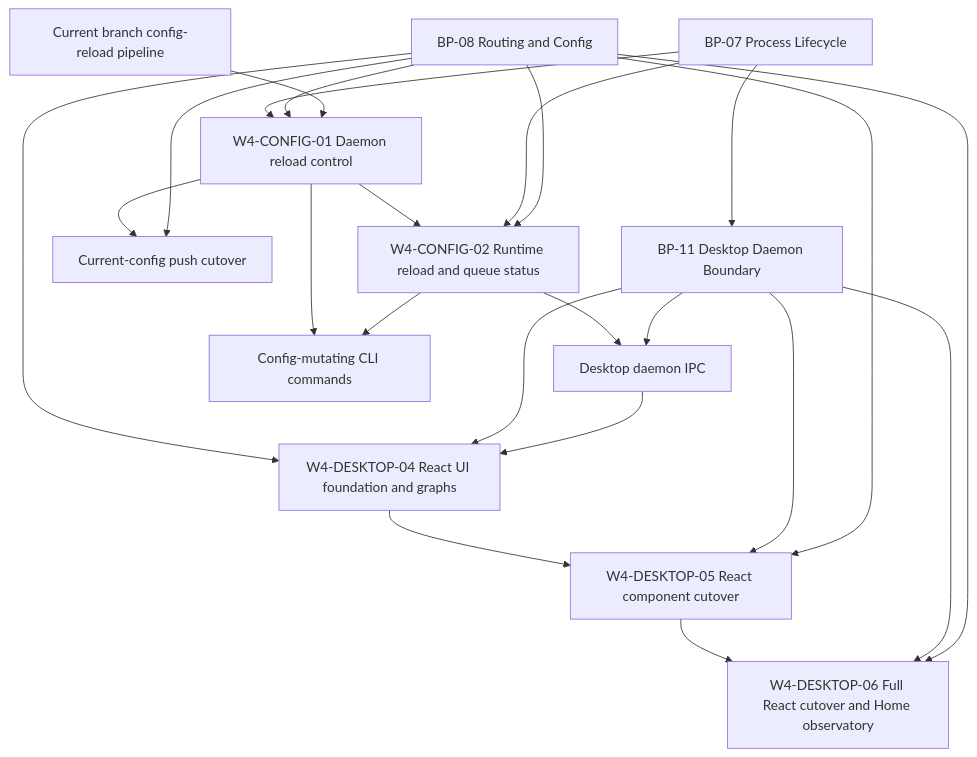
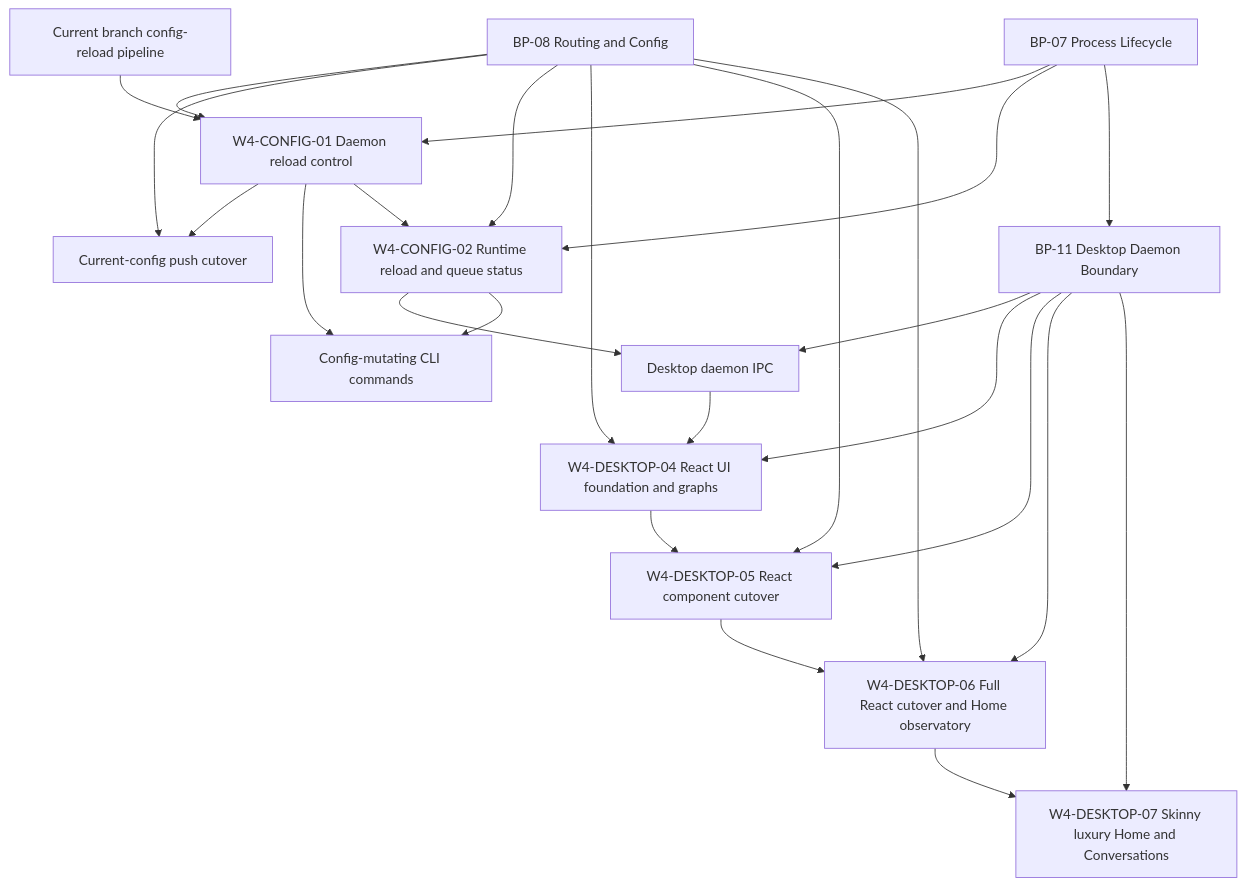
One commit to mendeleden/jin changed the diagram in .execution/program.md. Above: the diagram before and after it, drawn with Mermaid. The commit also changed other lines of this file and 18 other files, not shown here.

Commit message:
feat(desktop): refine home and conversations UI

````diff
--- a/.execution/program.md
+++ b/.execution/program.md
@@ -26,38 +28,41 @@
 ```mermaid
 flowchart TD
   BP07[BP-07 Process Lifecycle]
   BP08[BP-08 Routing and Config]
   BP11[BP-11 Desktop Daemon Boundary]
   ReloadPipeline[Current branch config-reload pipeline]
   W4C01[W4-CONFIG-01 Daemon reload control]
   PushCutover[Current-config push cutover]
   W4C02[W4-CONFIG-02 Runtime reload and queue status]
   Desktop[Desktop daemon IPC]
   CLI[Config-mutating CLI commands]
   W4D04[W4-DESKTOP-04 React UI foundation and graphs]
   W4D05[W4-DESKTOP-05 React component cutover]
   W4D06[W4-DESKTOP-06 Full React cutover and Home observatory]
+  W4D07[W4-DESKTOP-07 Skinny luxury Home and Conversations]
 
   BP07 --> W4C01
   BP08 --> W4C01
   ReloadPipeline --> W4C01
   W4C01 --> PushCutover
   BP08 --> PushCutover
   W4C01 --> CLI
   W4C01 --> W4C02
   BP07 --> W4C02
   BP08 --> W4C02
   W4C02 --> Desktop
   W4C02 --> CLI
   BP07 --> BP11
   BP11 --> Desktop
   BP08 --> W4D04
   BP11 --> W4D04
   Desktop --> W4D04
   W4D04 --> W4D05
   BP11 --> W4D05
   BP08 --> W4D05
   W4D05 --> W4D06
   BP11 --> W4D06
   BP08 --> W4D06
+  W4D06 --> W4D07
+  BP11 --> W4D07
 ```
````
